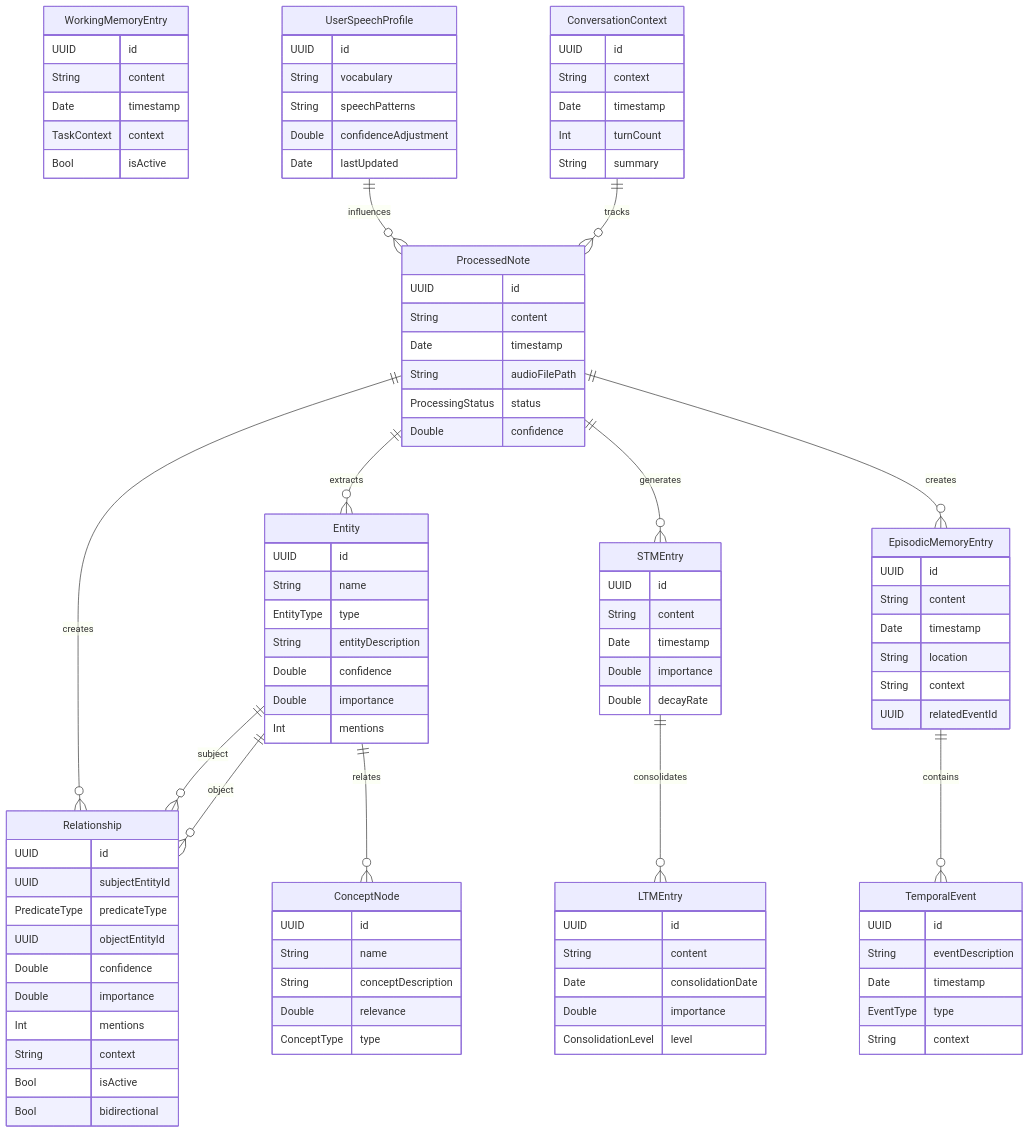
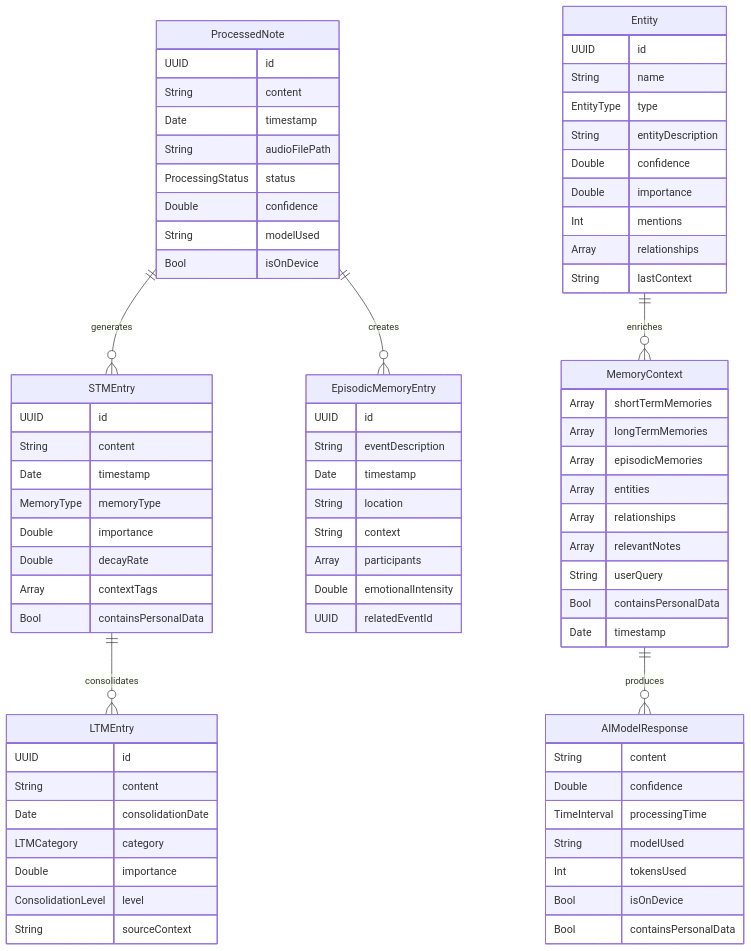
One commit to likesjx/ProjectOne changed the fourth of 6 diagrams in docs/architecture/SYSTEM_ARCHITECTURE_OVERVIEW.md. Above: the diagram before and after it, drawn with Mermaid. The commit also changed other lines of this file and 19 other files, not shown here.

````diff
--- a/docs/architecture/SYSTEM_ARCHITECTURE_OVERVIEW.md
+++ b/docs/architecture/SYSTEM_ARCHITECTURE_OVERVIEW.md
@@ -95,6 +228,40 @@
         String audioFilePath
         ProcessingStatus status
         Double confidence
+        String modelUsed
+        Bool isOnDevice
+    }
+    
+    STMEntry {
+        UUID id
+        String content
+        Date timestamp
+        MemoryType memoryType
+        Double importance
+        Double decayRate
+        Array contextTags
+        Bool containsPersonalData
+    }
+    
+    LTMEntry {
+        UUID id
+        String content
+        Date consolidationDate
+        LTMCategory category
+        Double importance
+        ConsolidationLevel level
+        String sourceContext
+    }
+    
+    EpisodicMemoryEntry {
+        UUID id
+        String eventDescription
+        Date timestamp
+        String location
+        String context
+        Array participants
+        Double emotionalIntensity
+        UUID relatedEventId
     }
     
     Entity {
@@ -105,95 +272,35 @@
         Double confidence
         Double importance
         Int mentions
+        Array relationships
+        String lastContext
     }
     
-    Relationship {
-        UUID id
-        UUID subjectEntityId
-        PredicateType predicateType
-        UUID objectEntityId
-        Double confidence
-        Double importance
-        Int mentions
-        String context
-        Bool isActive
-        Bool bidirectional
+    MemoryContext {
+        Array shortTermMemories
+        Array longTermMemories
+        Array episodicMemories
+        Array entities
+        Array relationships
+        Array relevantNotes
+        String userQuery
+        Bool containsPersonalData
+        Date timestamp
     }
     
-    STMEntry {
-        UUID id
+    AIModelResponse {
         String content
-        Date timestamp
-        Double importance
-        Double decayRate
+        Double confidence
+        TimeInterval processingTime
+        String modelUsed
+        Int tokensUsed
+        Bool isOnDevice
+        Bool containsPersonalData
     }
     
-    LTMEntry {
-        UUID id
-        String content
-        Date consolidationDate
-        Double importance
-        ConsolidationLevel level
-    }
-    
-    WorkingMemoryEntry {
-        UUID id
-        String content
-        Date timestamp
-        TaskContext context
-        Bool isActive
-    }
-    
-    EpisodicMemoryEntry {
-        UUID id
-        String content
-        Date timestamp
-        String location
-        String context
-        UUID relatedEventId
-    }
-    
-    ConceptNode {
-        UUID id
-        String name
-        String conceptDescription
-        Double relevance
-        ConceptType type
-    }
-    
-    TemporalEvent {
-        UUID id
-        String eventDescription
-        Date timestamp
-        EventType type
-        String context
-    }
-    
-    UserSpeechProfile {
-        UUID id
-        String vocabulary
-        String speechPatterns
-        Double confidenceAdjustment
-        Date lastUpdated
-    }
-    
-    ConversationContext {
-        UUID id
-        String context
-        Date timestamp
-        Int turnCount
-        String summary
-    }
-    
-    ProcessedNote ||--o{ Entity : "extracts"
-    ProcessedNote ||--o{ Relationship : "creates"
-    Entity ||--o{ Relationship : "subject"
-    Entity ||--o{ Relationship : "object"
     ProcessedNote ||--o{ STMEntry : "generates"
     STMEntry ||--o{ LTMEntry : "consolidates"
-    Entity ||--o{ ConceptNode : "relates"
     ProcessedNote ||--o{ EpisodicMemoryEntry : "creates"
-    EpisodicMemoryEntry ||--o{ TemporalEvent : "contains"
-    UserSpeechProfile ||--o{ ProcessedNote : "influences"
-    ConversationContext ||--o{ ProcessedNote : "tracks"
+    Entity ||--o{ MemoryContext : "enriches"
+    MemoryContext ||--o{ AIModelResponse : "produces"
 ```
````
